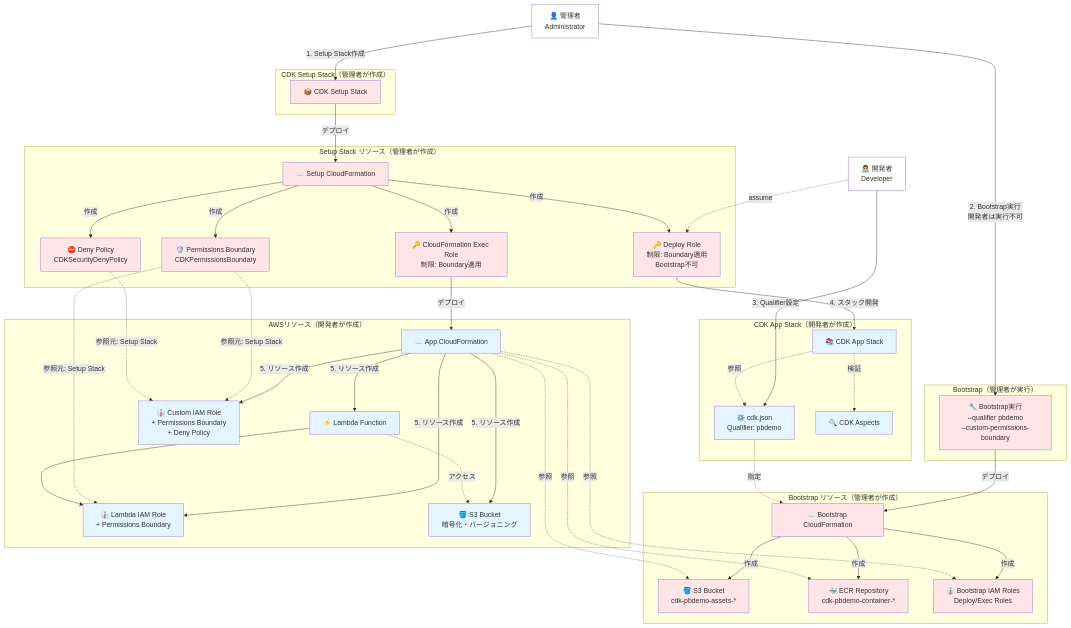
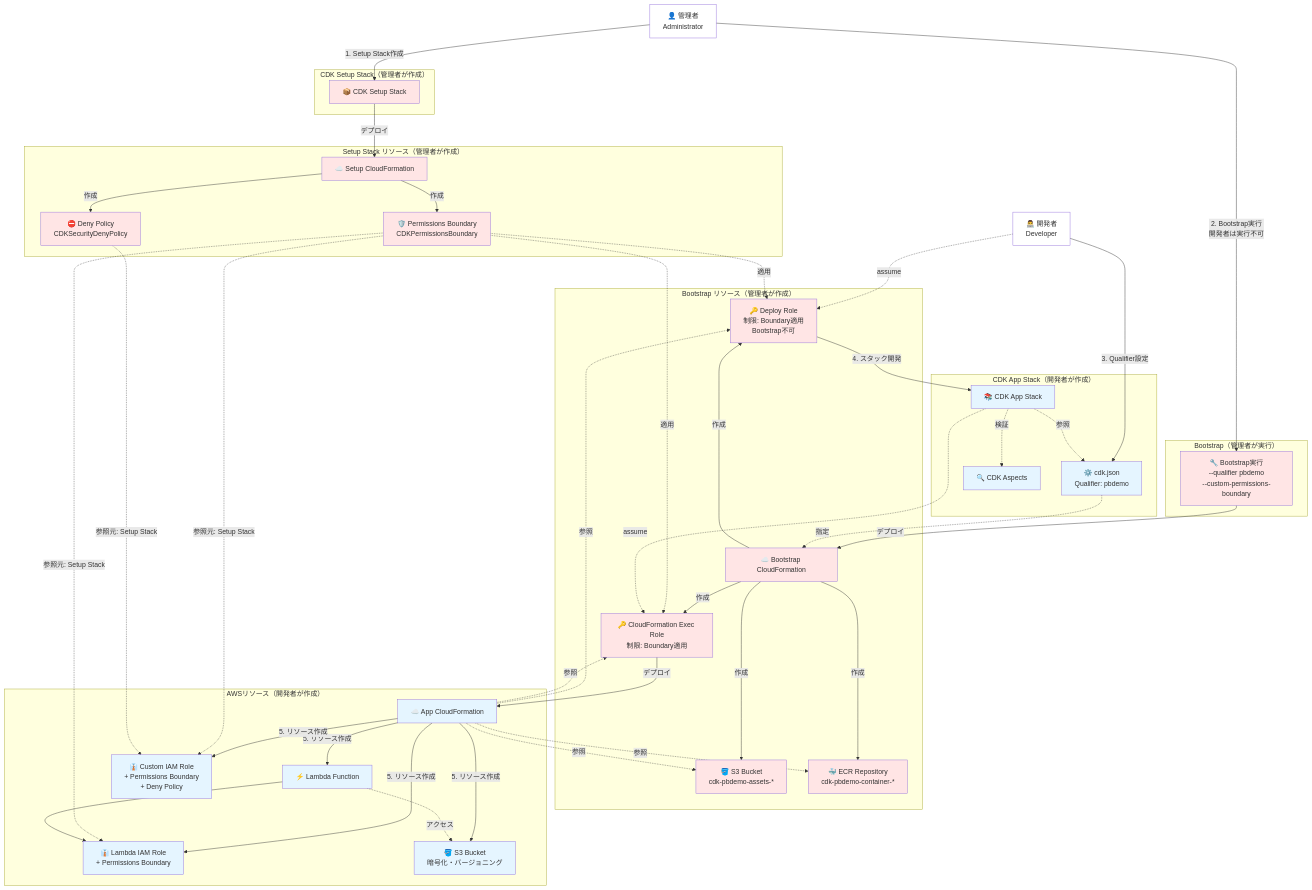
One commit to goataka/cdk-with-permissions-boundary changed the first of 3 diagrams in SECURITY_FEATURES.md. Above: the diagram before and after it, drawn with Mermaid.

Commit message:
Move DeployRole and ExecRole from Setup Stack to Bootstrap resources, add PBPolicy attachment to roles

```diff
--- a/SECURITY_FEATURES.md
+++ b/SECURITY_FEATURES.md
@@ -19,8 +19,6 @@
         SetupCfn[☁️ Setup CloudFormation]
         PBPolicy[🛡️ Permissions Boundary<br/>CDKPermissionsBoundary]
         DenyPolicy[⛔ Deny Policy<br/>CDKSecurityDenyPolicy]
-        DeployRole[🔑 Deploy Role<br/>制限: Boundary適用<br/>Bootstrap不可]
-        ExecRole[🔑 CloudFormation Exec Role<br/>制限: Boundary適用]
     end
     
     subgraph "Bootstrap（管理者が実行）"
@@ -31,7 +29,8 @@
         BootstrapCfn[☁️ Bootstrap CloudFormation]
         S3Assets[🪣 S3 Bucket<br/>cdk-pbdemo-assets-*]
         ECRRepo[🐳 ECR Repository<br/>cdk-pbdemo-container-*]
-        BootstrapRoles[👔 Bootstrap IAM Roles<br/>Deploy/Exec Roles]
+        DeployRole[🔑 Deploy Role<br/>制限: Boundary適用<br/>Bootstrap不可]
+        ExecRole[🔑 CloudFormation Exec Role<br/>制限: Boundary適用]
     end
     
     subgraph "CDK App Stack（開発者が作成）"
@@ -54,19 +53,21 @@
     SetupStack -->|デプロイ| SetupCfn
     SetupCfn -->|作成| PBPolicy
     SetupCfn -->|作成| DenyPolicy
-    SetupCfn -->|作成| DeployRole
-    SetupCfn -->|作成| ExecRole
     
     Admin -->|2. Bootstrap実行<br/>開発者は実行不可| Bootstrap
     Bootstrap -->|デプロイ| BootstrapCfn
     BootstrapCfn -->|作成| S3Assets
     BootstrapCfn -->|作成| ECRRepo
-    BootstrapCfn -->|作成| BootstrapRoles
+    BootstrapCfn -->|作成| DeployRole
+    BootstrapCfn -->|作成| ExecRole
+    PBPolicy -.適用.-> DeployRole
+    PBPolicy -.適用.-> ExecRole
     
     Dev -->|3. Qualifier設定| QualifierConfig
     QualifierConfig -.指定.-> BootstrapCfn
     DeployRole -->|4. スタック開発| AppStack
     AppStack -.参照.-> QualifierConfig
+    AppStack -.assume.-> ExecRole
     ExecRole -->|デプロイ| AppCfn
     AppStack -.検証.-> Aspects
     
@@ -76,7 +77,8 @@
     AppCfn -->|5. リソース作成| CustomRole
     AppCfn -.参照.-> S3Assets
     AppCfn -.参照.-> ECRRepo
-    AppCfn -.参照.-> BootstrapRoles
+    AppCfn -.参照.-> DeployRole
+    AppCfn -.参照.-> ExecRole
     
     PBPolicy -.参照元: Setup Stack.-> LambdaRole
     PBPolicy -.参照元: Setup Stack.-> CustomRole
@@ -91,13 +93,12 @@
     style SetupCfn fill:#FFE5E5
     style PBPolicy fill:#FFE5E5
     style DenyPolicy fill:#FFE5E5
-    style DeployRole fill:#FFE5E5
-    style ExecRole fill:#FFE5E5
     style Bootstrap fill:#FFE5E5
     style BootstrapCfn fill:#FFE5E5
     style S3Assets fill:#FFE5E5
     style ECRRepo fill:#FFE5E5
-    style BootstrapRoles fill:#FFE5E5
+    style DeployRole fill:#FFE5E5
+    style ExecRole fill:#FFE5E5
     style AppStack fill:#E5F5FF
     style AppCfn fill:#E5F5FF
     style QualifierConfig fill:#E5F5FF
```
